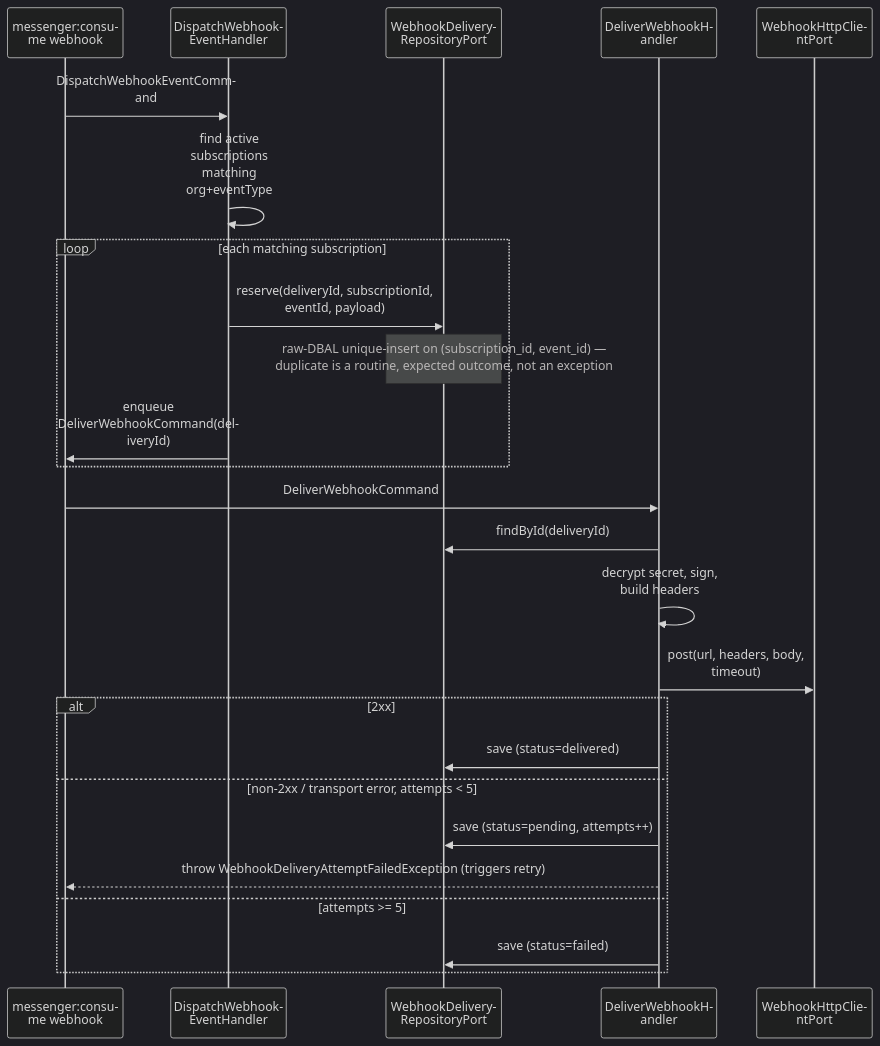
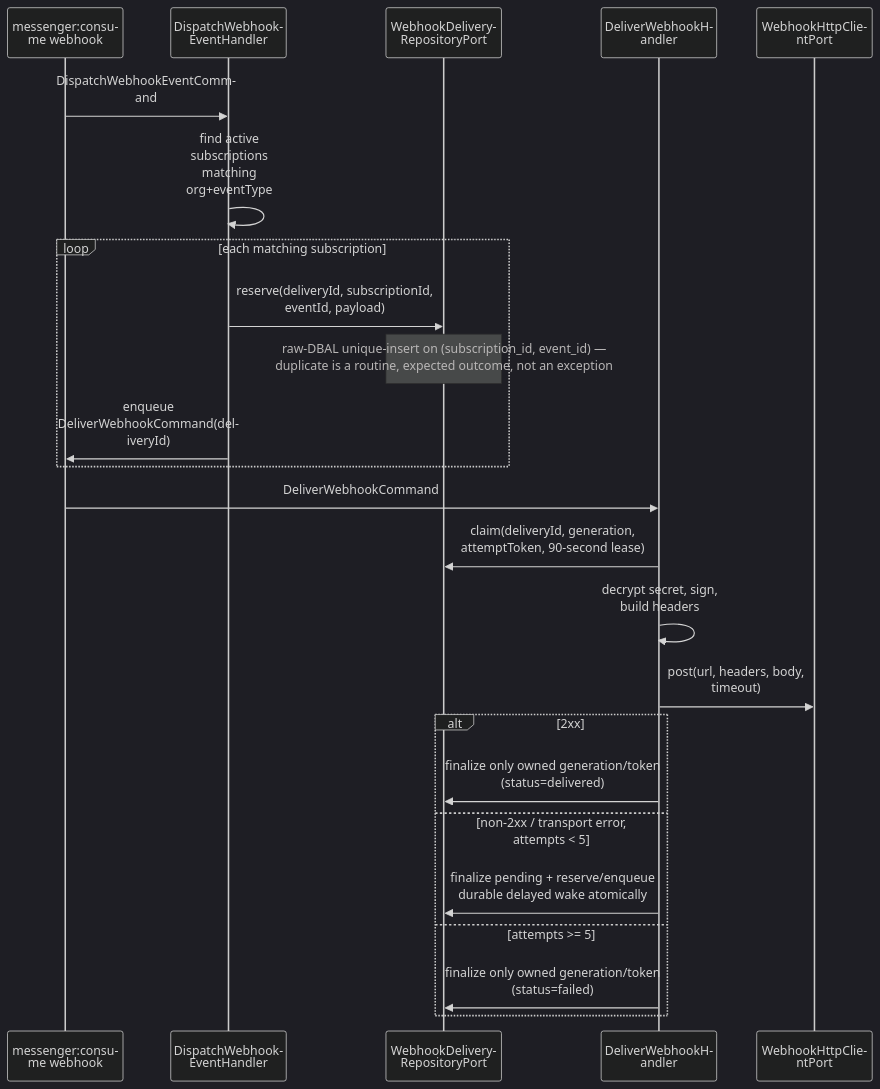
Before and after one commit to DevSkyLex/fireguard-api: the second of 2 diagrams in src/Webhook/MODULE.md, drawn with Mermaid (dark theme). The commit also changed other lines of this file and 3031 other files, not shown here.

````diff
--- a/src/Webhook/MODULE.md
+++ b/src/Webhook/MODULE.md
@@ -130,32 +130,31 @@
 ```mermaid
 ---
 config:
   sequence:
     wrap: true
 ---
 sequenceDiagram
   participant Worker as messenger:consume webhook
   participant DispatchH as DispatchWebhookEventHandler
   participant Repo as WebhookDeliveryRepositoryPort
   participant DeliverH as DeliverWebhookHandler
   participant Http as WebhookHttpClientPort
   Worker->>DispatchH: DispatchWebhookEventCommand
   DispatchH->>DispatchH: find active subscriptions matching org+eventType
   loop each matching subscription
     DispatchH->>Repo: reserve(deliveryId, subscriptionId, eventId, payload)
     Note over Repo: raw-DBAL unique-insert on (subscription_id, event_id) —<br/>duplicate is a routine, expected outcome, not an exception
     DispatchH->>Worker: enqueue DeliverWebhookCommand(deliveryId)
   end
   Worker->>DeliverH: DeliverWebhookCommand
-  DeliverH->>Repo: findById(deliveryId)
+  DeliverH->>Repo: claim(deliveryId, generation, attemptToken, 90-second lease)
   DeliverH->>DeliverH: decrypt secret, sign, build headers
   DeliverH->>Http: post(url, headers, body, timeout)
   alt 2xx
-    DeliverH->>Repo: save (status=delivered)
+    DeliverH->>Repo: finalize only owned generation/token (status=delivered)
   else non-2xx / transport error, attempts < 5
-    DeliverH->>Repo: save (status=pending, attempts++)
-    DeliverH-->>Worker: throw WebhookDeliveryAttemptFailedException (triggers retry)
+    DeliverH->>Repo: finalize pending + reserve/enqueue durable delayed wake atomically
   else attempts >= 5
-    DeliverH->>Repo: save (status=failed)
+    DeliverH->>Repo: finalize only owned generation/token (status=failed)
   end
 ```
````
